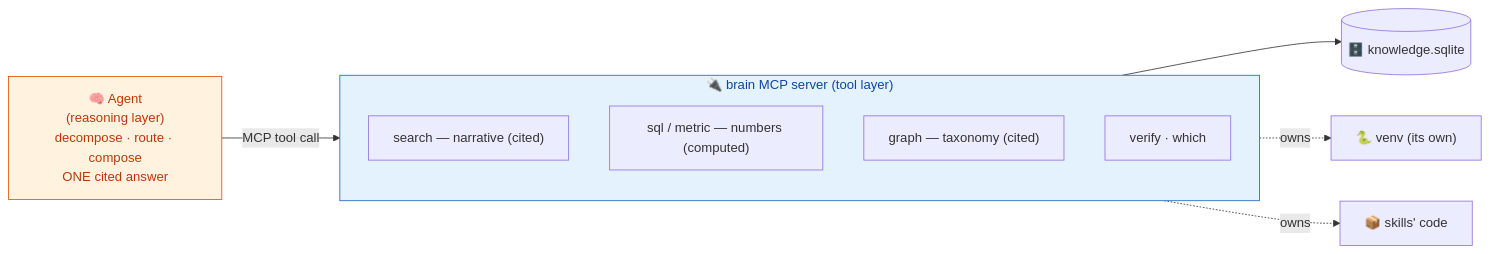
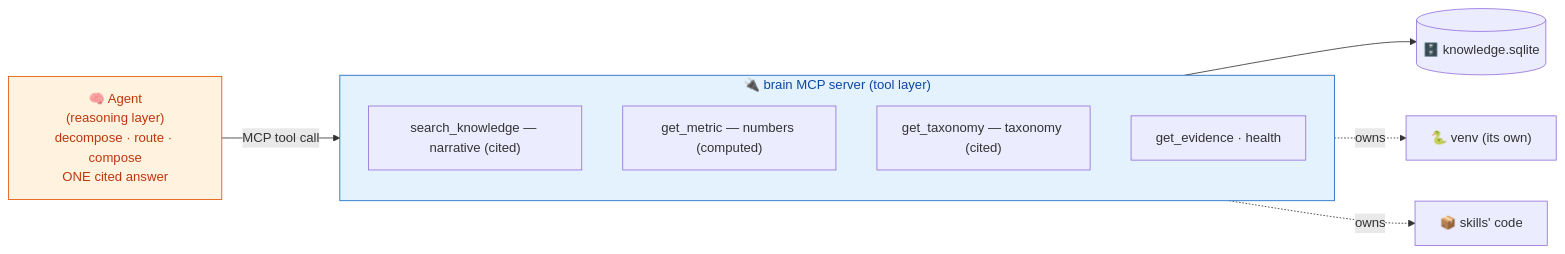
Before and after one commit to onetest-ai/applied_skills: the first of 6 diagrams in bundles/brain/README.md, drawn with Mermaid. The commit also changed other lines of this file and 16 other files, not shown here.

````diff
--- a/bundles/brain/README.md
+++ b/bundles/brain/README.md
@@ -67,19 +67,19 @@
 ```mermaid
 flowchart LR
     A["🧠 Agent<br/>(reasoning layer)<br/>decompose · route · compose<br/>ONE cited answer"] -->|MCP tool call| S
     subgraph S["🔌 brain MCP server (tool layer)"]
         direction TB
-        T1["search — narrative (cited)"]
-        T2["sql / metric — numbers (computed)"]
-        T3["graph — taxonomy (cited)"]
-        T4["verify · which"]
+        T1["search_knowledge — narrative (cited)"]
+        T2["get_metric — numbers (computed)"]
+        T3["get_taxonomy — taxonomy (cited)"]
+        T4["get_evidence · health"]
     end
     S --> DB[("🗄️ knowledge.sqlite")]
     S -. owns .-> V["🐍 venv (its own)"]
     S -. owns .-> K["📦 skills' code"]
 
     classDef ag fill:#fff3e0,stroke:#e65100,color:#bf360c;
     classDef srv fill:#e3f2fd,stroke:#1565c0,color:#0d47a1;
     class A ag
     class S srv
 ```
````
